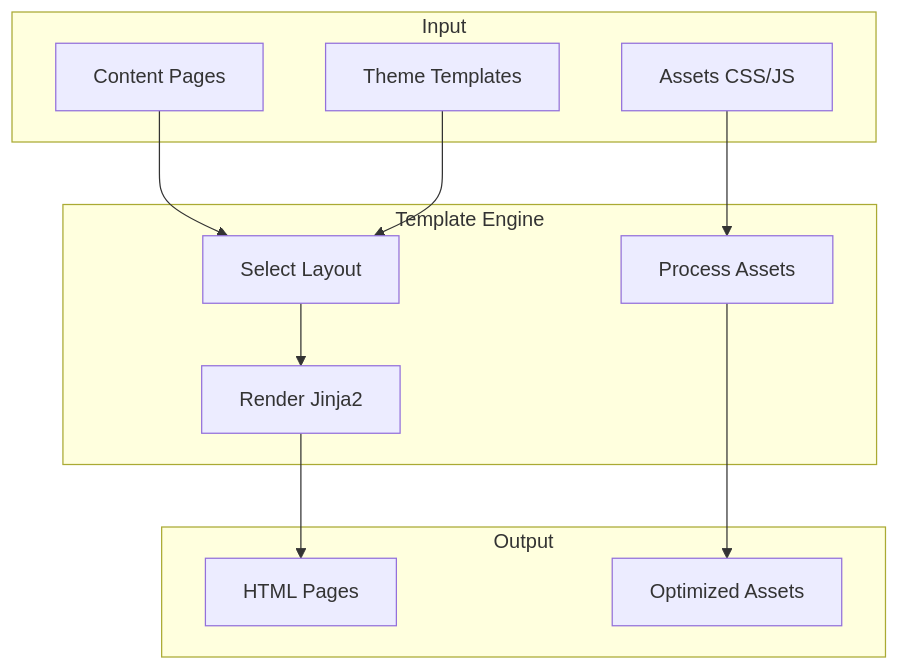
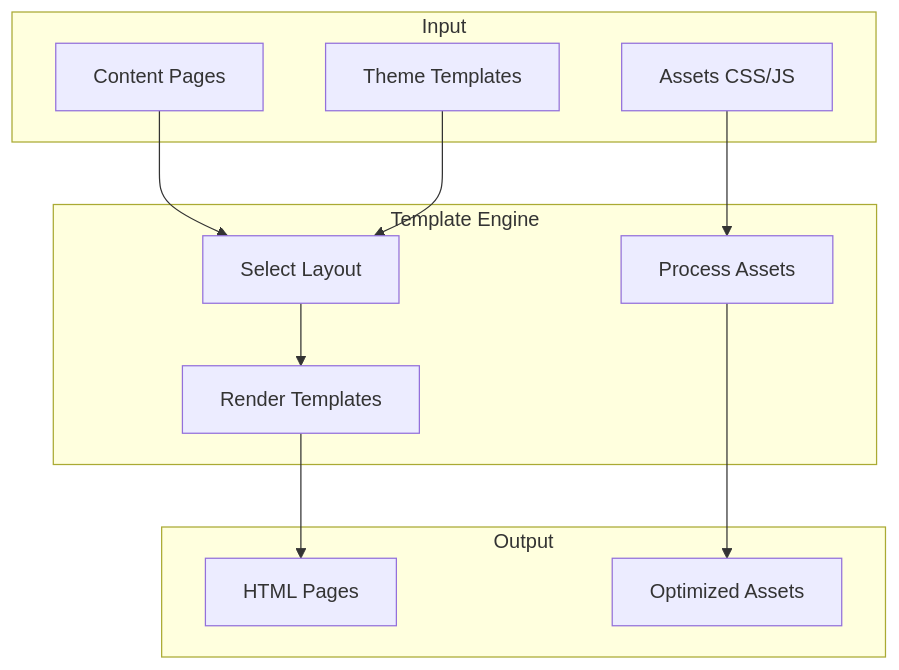
The diagram in site/content/docs/theming/_index.md (lbliii/bengal), drawn with Mermaid before and after one commit. The commit also changed other lines of this file and 68 other files, not shown here.

````diff
--- a/site/content/docs/theming/_index.md
+++ b/site/content/docs/theming/_index.md
@@ -23,26 +23,26 @@
 ```mermaid
 flowchart TB
     subgraph Input
         A[Content Pages]
         B[Theme Templates]
         C[Assets CSS/JS]
     end
 
     subgraph "Template Engine"
         D[Select Layout]
-        E[Render Jinja2]
+        E[Render Templates]
         F[Process Assets]
     end
 
     subgraph Output
         G[HTML Pages]
         H[Optimized Assets]
     end
 
     A --> D
     B --> D
     D --> E
     C --> F
     E --> G
     F --> H
 ```
````
